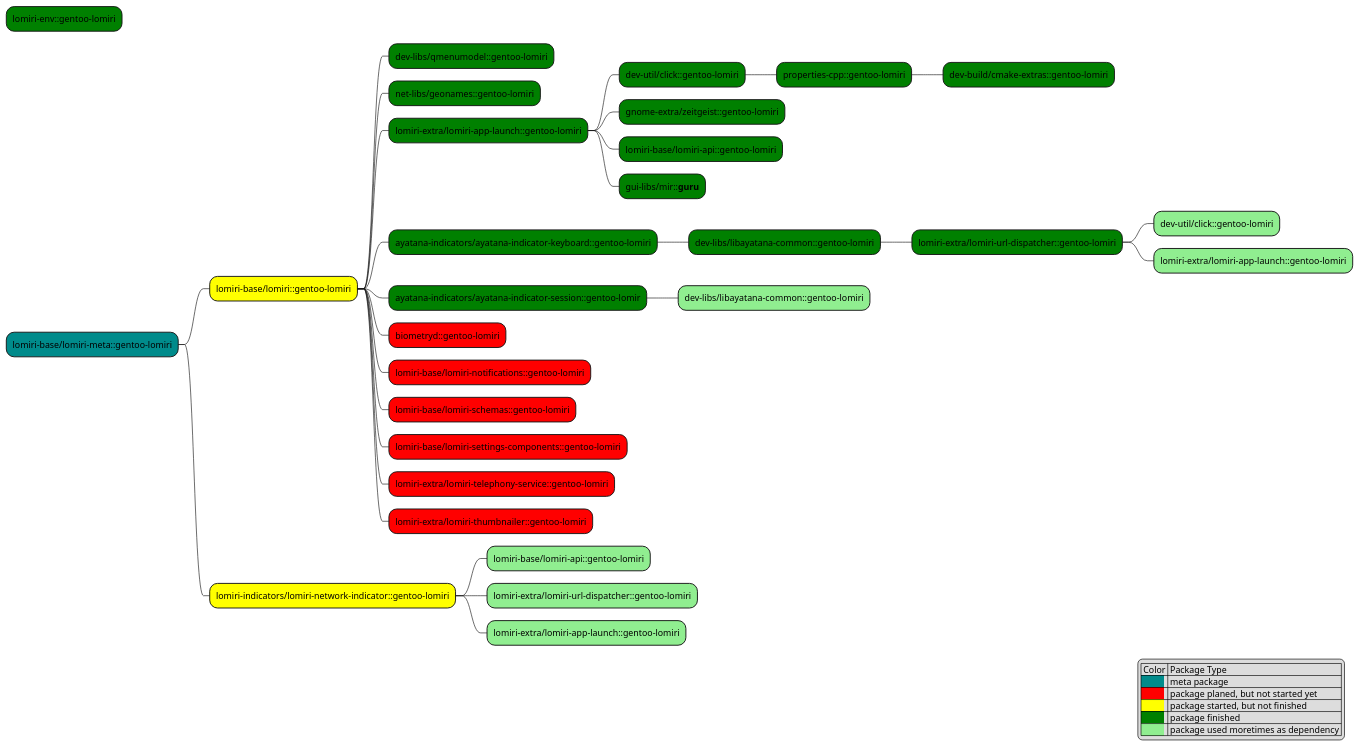
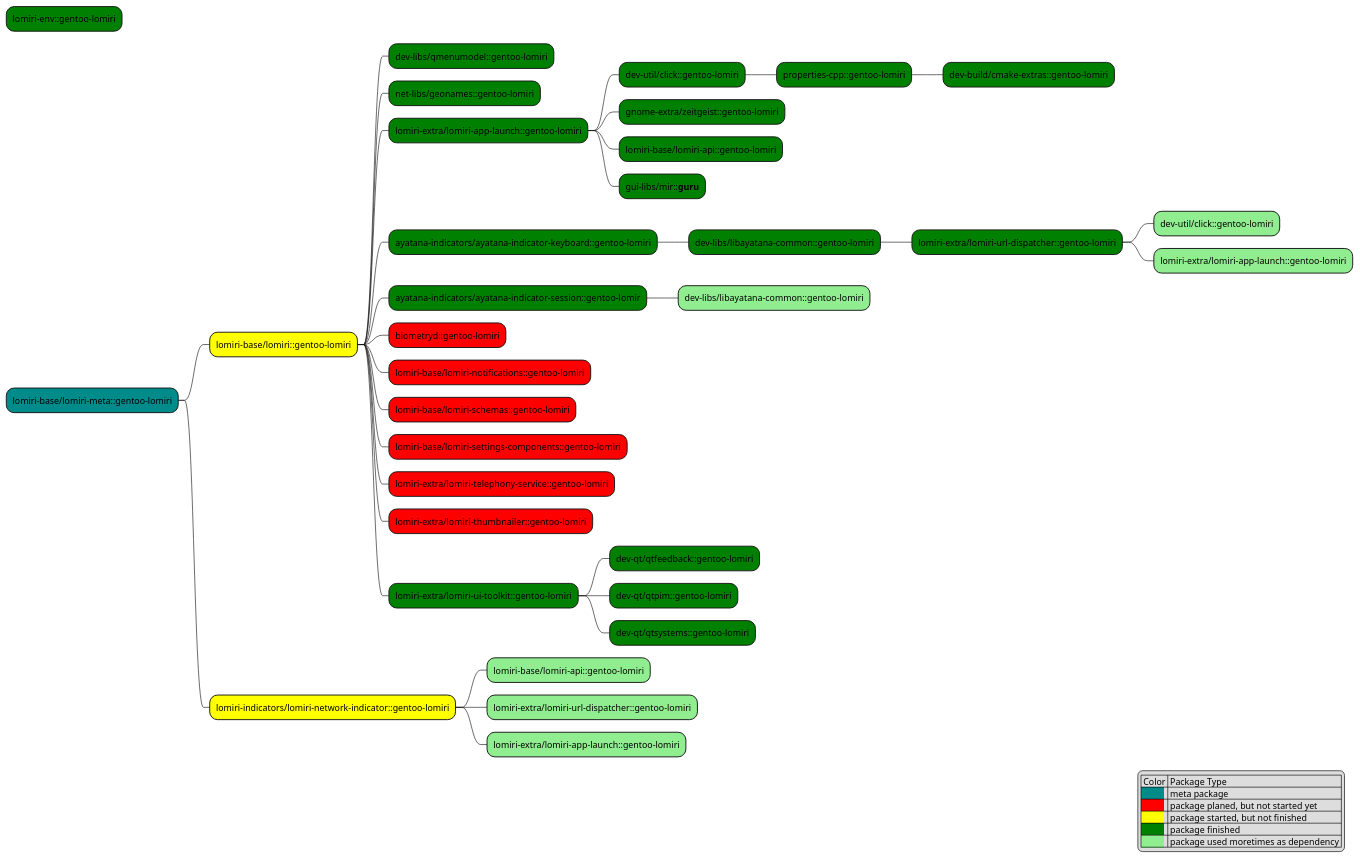
Before and after one commit to renegart/gentoo-lomiri: the diagram in docs/lomiri-packages.plantuml, drawn with PlantUML. The commit also changed 9 other files, not shown here.

Commit message:
updated diagram

```diff
--- a/docs/lomiri-packages.plantuml
+++ b/docs/lomiri-packages.plantuml
@@ -1,41 +1,45 @@
 @startmindmap package dependencies
 legend right
     | Color | Package Type |
     |<back:DarkCyan>          </back>| meta package|
     |<back:red>          </back>| package planed, but not started yet|
     |<back:yellow>          </back>| package started, but not finished|
     |<back:green>          </back>| package finished|
     |<back:lightgreen>          </back>| package used moretimes as dependency |
 endlegend
 
 *[#green] lomiri-env::gentoo-lomiri
 *[#DarkCyan] lomiri-base/lomiri-meta::gentoo-lomiri
   *[#yellow] lomiri-base/lomiri::gentoo-lomiri
     *[#green] dev-libs/qmenumodel::gentoo-lomiri
     *[#green] net-libs/geonames::gentoo-lomiri
     *[#green] lomiri-extra/lomiri-app-launch::gentoo-lomiri
       *[#green] dev-util/click::gentoo-lomiri
         *[#green] properties-cpp::gentoo-lomiri
           *[#green] dev-build/cmake-extras::gentoo-lomiri
       *[#green] gnome-extra/zeitgeist::gentoo-lomiri
       *[#green] lomiri-base/lomiri-api::gentoo-lomiri
       *[#green] gui-libs/mir::**guru**
     *[#green] ayatana-indicators/ayatana-indicator-keyboard::gentoo-lomiri
       *[#green] dev-libs/libayatana-common::gentoo-lomiri
         *[#green] lomiri-extra/lomiri-url-dispatcher::gentoo-lomiri
           *[#lightgreen] dev-util/click::gentoo-lomiri
           *[#lightgreen] lomiri-extra/lomiri-app-launch::gentoo-lomiri
     *[#green] ayatana-indicators/ayatana-indicator-session::gentoo-lomir
       *[#lightgreen] dev-libs/libayatana-common::gentoo-lomiri
     *[#red] biometryd::gentoo-lomiri
     *[#red] lomiri-base/lomiri-notifications::gentoo-lomiri
     *[#red] lomiri-base/lomiri-schemas::gentoo-lomiri
     *[#red] lomiri-base/lomiri-settings-components::gentoo-lomiri
     *[#red] lomiri-extra/lomiri-telephony-service::gentoo-lomiri
     *[#red] lomiri-extra/lomiri-thumbnailer::gentoo-lomiri
+    *[#green] lomiri-extra/lomiri-ui-toolkit::gentoo-lomiri
+      *[#green] dev-qt/qtfeedback::gentoo-lomiri
+      *[#green] dev-qt/qtpim::gentoo-lomiri
+      *[#green] dev-qt/qtsystems::gentoo-lomiri
   *[#yellow] lomiri-indicators/lomiri-network-indicator::gentoo-lomiri
     *[#lightgreen] lomiri-base/lomiri-api::gentoo-lomiri
     *[#lightgreen] lomiri-extra/lomiri-url-dispatcher::gentoo-lomiri
     *[#lightgreen] lomiri-extra/lomiri-app-launch::gentoo-lomiri
 
 @endmindmap
```
